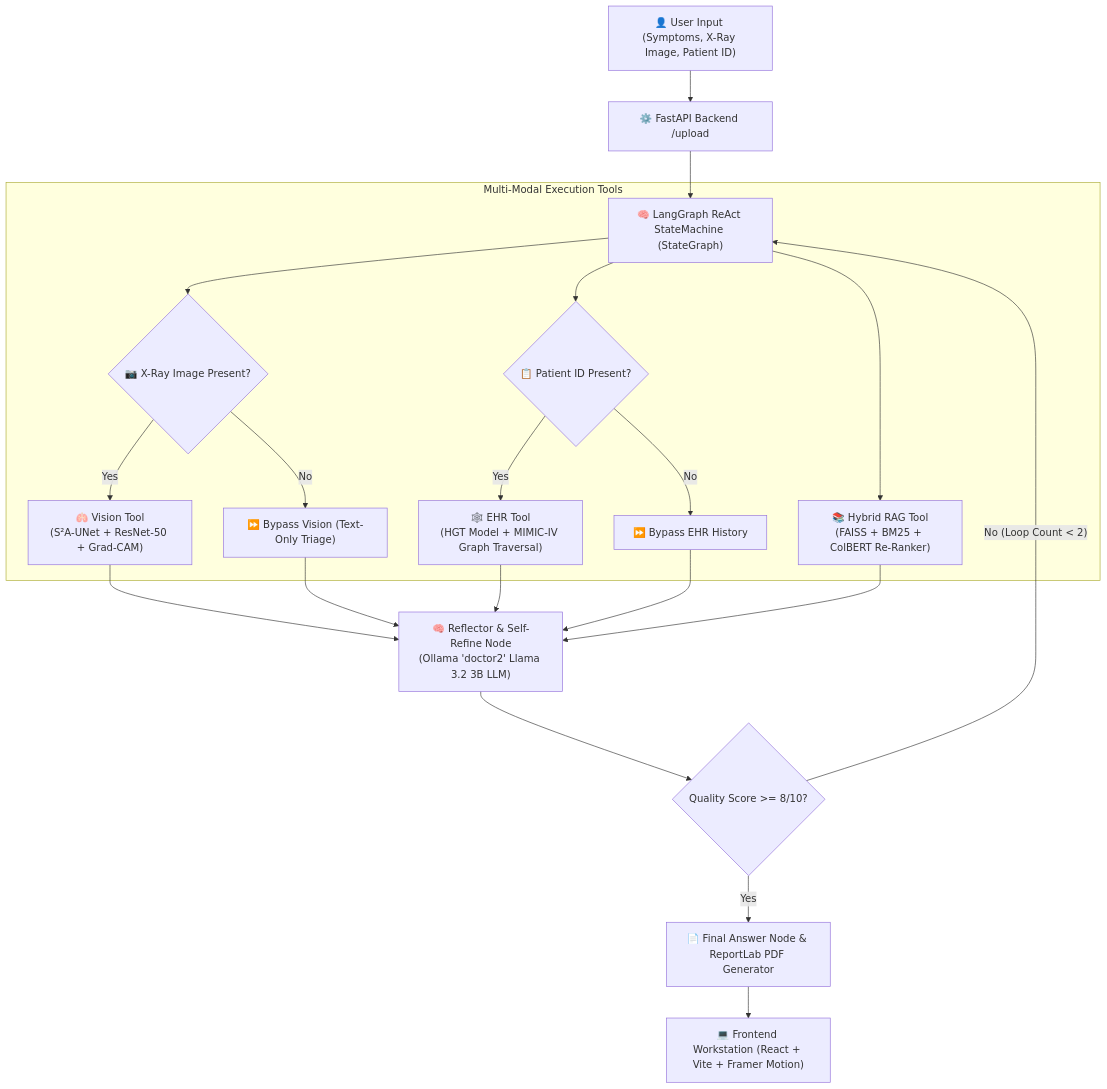
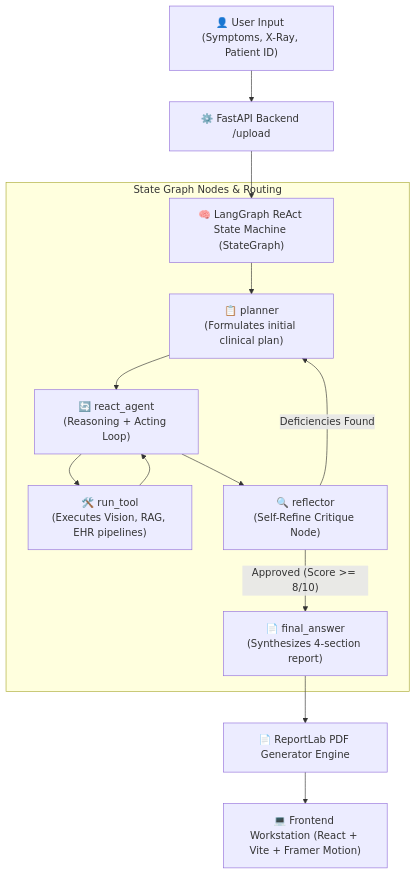
One commit to FilippeZ/zenithdx-petient-centric-agentic-decision-support-platform changed the diagram in README.md. Above: the diagram before and after it, drawn with Mermaid. The commit also changed other lines of this file, not shown here.

Commit message:
docs: enrich README.md with complete diploma thesis technical specifications, SFT training, HGT graph pretraining, and Captum XAI details

````diff
--- a/README.md
+++ b/README.md
@@ -65,28 +50,18 @@
 ```mermaid
 graph TD
-    A["👤 User Input (Symptoms, X-Ray Image, Patient ID)"] --> B["⚙️ FastAPI Backend /upload"]
-    B --> C["🧠 LangGraph ReAct StateMachine (StateGraph)"]
+    A["👤 User Input (Symptoms, X-Ray, Patient ID)"] --> B["⚙️ FastAPI Backend /upload"]
+    B --> C["🧠 LangGraph ReAct State Machine (StateGraph)"]
     
-    subgraph "Multi-Modal Execution Tools"
-        C --> D{"📷 X-Ray Image Present?"}
-        D -- Yes --> E["🫁 Vision Tool\n(S²A-UNet + ResNet-50 + Grad-CAM)"]
-        D -- No --> F["⏩ Bypass Vision (Text-Only Triage)"]
-        
-        C --> G{"📋 Patient ID Present?"}
-        G -- Yes --> H["🕸️ EHR Tool\n(HGT Model + MIMIC-IV Graph Traversal)"]
-        G -- No --> I["⏩ Bypass EHR History"]
-        
-        C --> J["📚 Hybrid RAG Tool\n(FAISS + BM25 + ColBERT Re-Ranker)"]
+    subgraph "State Graph Nodes & Routing"
+        C --> D["📋 planner\n(Formulates initial clinical plan)"]
+        D --> E["🔄 react_agent\n(Reasoning + Acting Loop)"]
+        E --> F["🛠️ run_tool\n(Executes Vision, RAG, EHR pipelines)"]
+        F --> E
+        E --> G["🔍 reflector\n(Self-Refine Critique Node)"]
+        G -- Deficiencies Found --> D
+        G -- Approved (Score >= 8/10) --> H["📄 final_answer\n(Synthesizes 4-section report)"]
     end
     
-    E --> K["🧠 Reflector & Self-Refine Node\n(Ollama 'doctor2' Llama 3.2 3B LLM)"]
-    F --> K
-    H --> K
-    I --> K
-    J --> K
-    
-    K --> L{"Quality Score >= 8/10?"}
-    L -- No (Loop Count < 2) --> C
-    L -- Yes --> M["📄 Final Answer Node & ReportLab PDF Generator"]
-    M --> N["💻 Frontend Workstation (React + Vite + Framer Motion)"]
+    H --> I["📄 ReportLab PDF Generator Engine"]
+    I --> J["💻 Frontend Workstation (React + Vite + Framer Motion)"]
 ```
````
